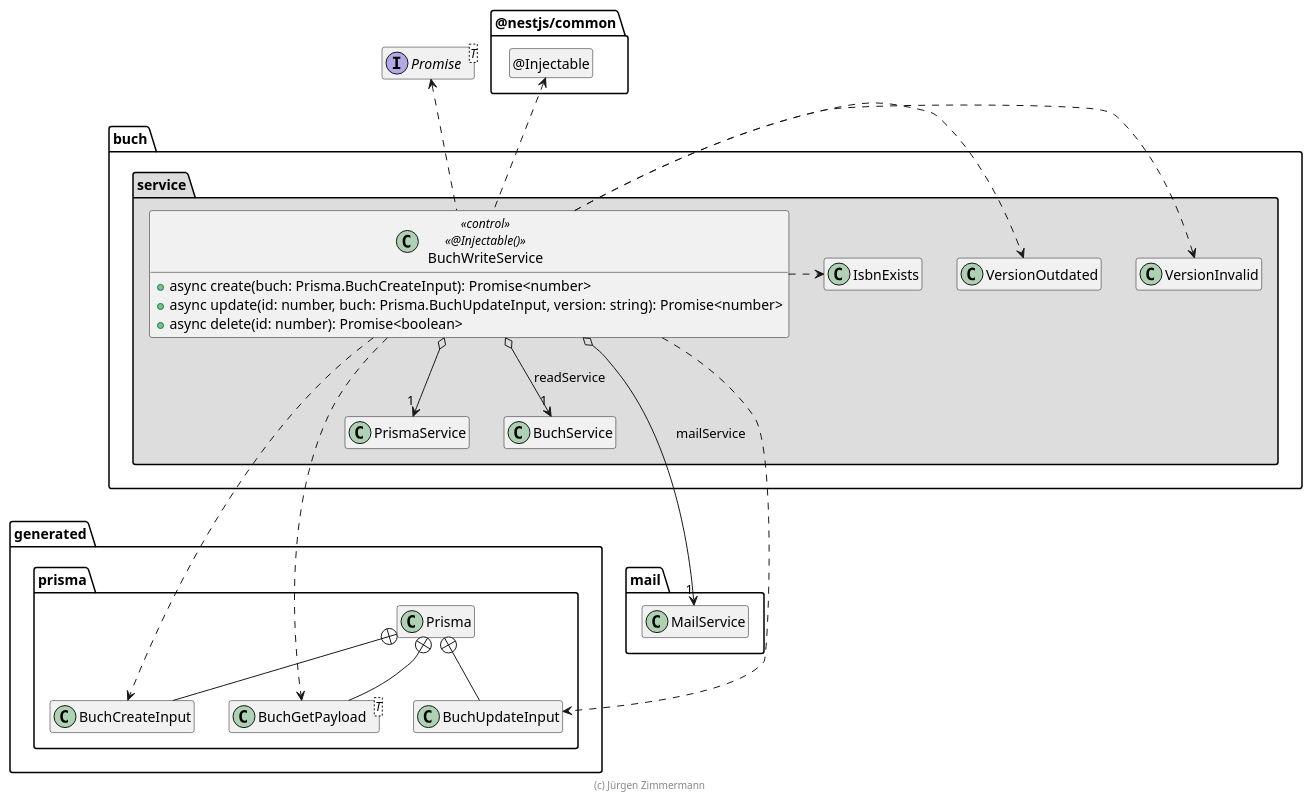
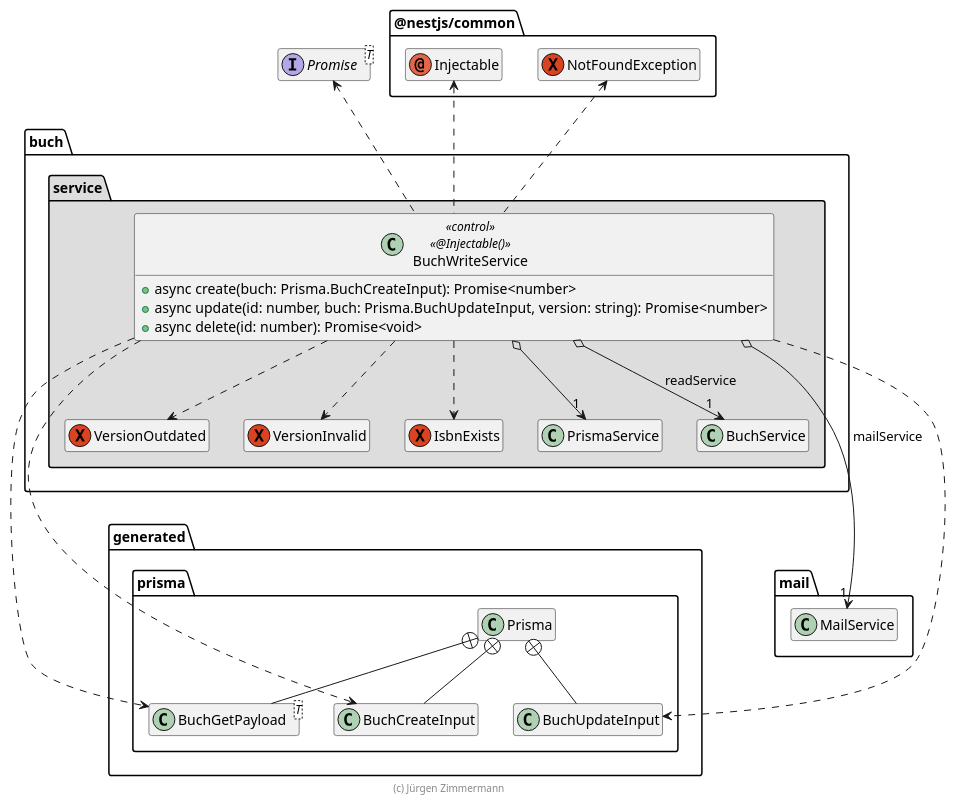
The diagram in .extras/doc/projekthandbuch/BuchWriteService.plantuml (juergenzimmermann/buch), drawn with PlantUML before and after one commit. The commit also changed 18 other files, not shown here.

Commit message:
PlantUML mit Prisma; Prettier

```diff
--- a/.extras/doc/projekthandbuch/BuchWriteService.plantuml
+++ b/.extras/doc/projekthandbuch/BuchWriteService.plantuml
@@ -18,61 +18,65 @@
 @startuml Anwendungskern
 
 interface Promise<T>
 
 package @nestjs/common {
-  class "@Injectable" as Injectable
-  hide Injectable circle
+  annotation Injectable
+  exception NotFoundException
 }
 
 package generated.prisma {
   class Prisma
   class BuchCreateInput
   class BuchGetPayload<T>
   class BuchUpdateInput
   Prisma +-- BuchCreateInput
   Prisma +-- BuchGetPayload
   Prisma +-- BuchUpdateInput
 }
 
 package mail {
   class MailService
 }
 
 package buch {
   package service #DDDDDD {
     class PrismaService
     class BuchService
-    class IsbnExists
-    class VersionInvalid
-    class VersionOutdated
+    exception IsbnExists
+    exception VersionInvalid
+    exception VersionOutdated
 
     class BuchWriteService << control >> <<@Injectable()>> {
       + async create(buch: Prisma.BuchCreateInput): Promise<number>
       + async update(id: number, buch: Prisma.BuchUpdateInput, version: string): Promise<number>
-      + async delete(id: number): Promise<boolean>
+      + async delete(id: number): Promise<void>
     }
 
     BuchWriteService o--> "1" PrismaService
     BuchWriteService o--> "1" BuchService: readService
     BuchWriteService o--> "1" MailService: mailService
 
     BuchWriteService .up.> Injectable
+    BuchWriteService .up.> NotFoundException
 
     BuchWriteService .up.> Promise
+
     BuchWriteService .down.> BuchCreateInput
     BuchWriteService .down.> BuchGetPayload
     BuchWriteService .down.> BuchUpdateInput
-    BuchWriteService .right.> IsbnExists
-    BuchWriteService .right.> VersionInvalid
-    BuchWriteService .right.> VersionOutdated
+
+    BuchWriteService .down.> IsbnExists
+    BuchWriteService .down.> VersionInvalid
+    BuchWriteService .down.> VersionOutdated
 
     BuchService .[hidden]down.> MailService
     BuchService .[hidden]down.> Prisma
+    IsbnExists .[hidden]left.> VersionInvalid
   }
 }
 
 hide empty members
 
 footer (c) Jürgen Zimmermann
 
 @enduml
```
